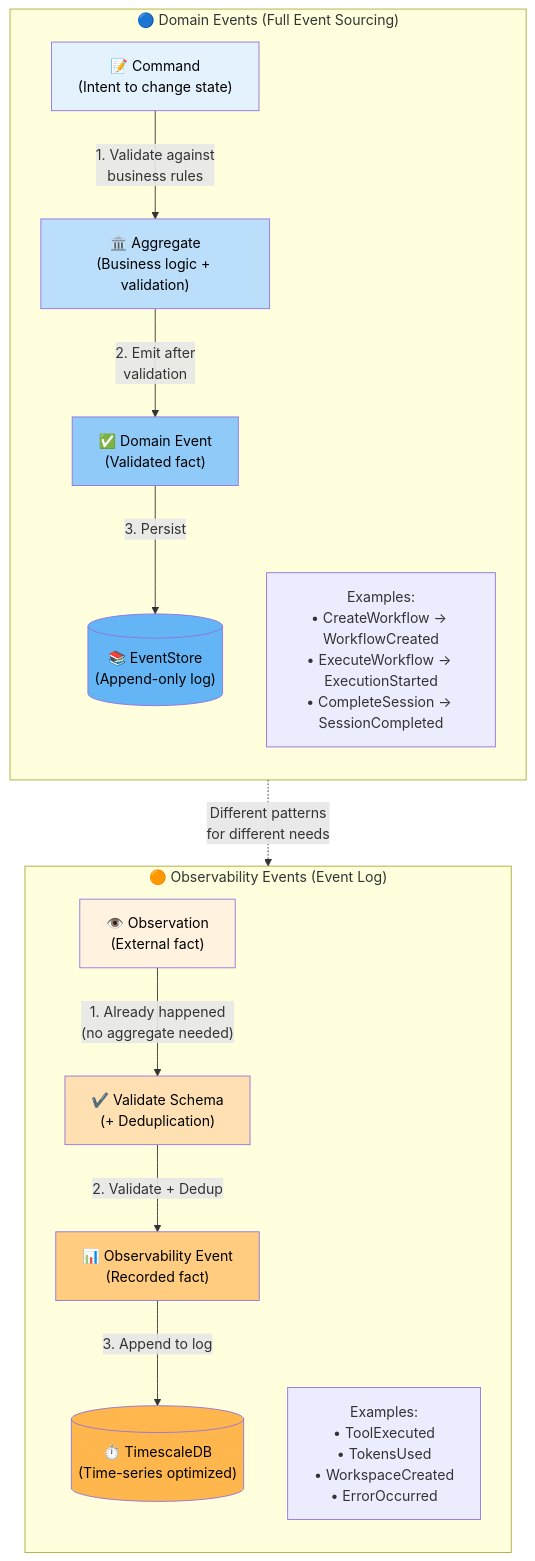
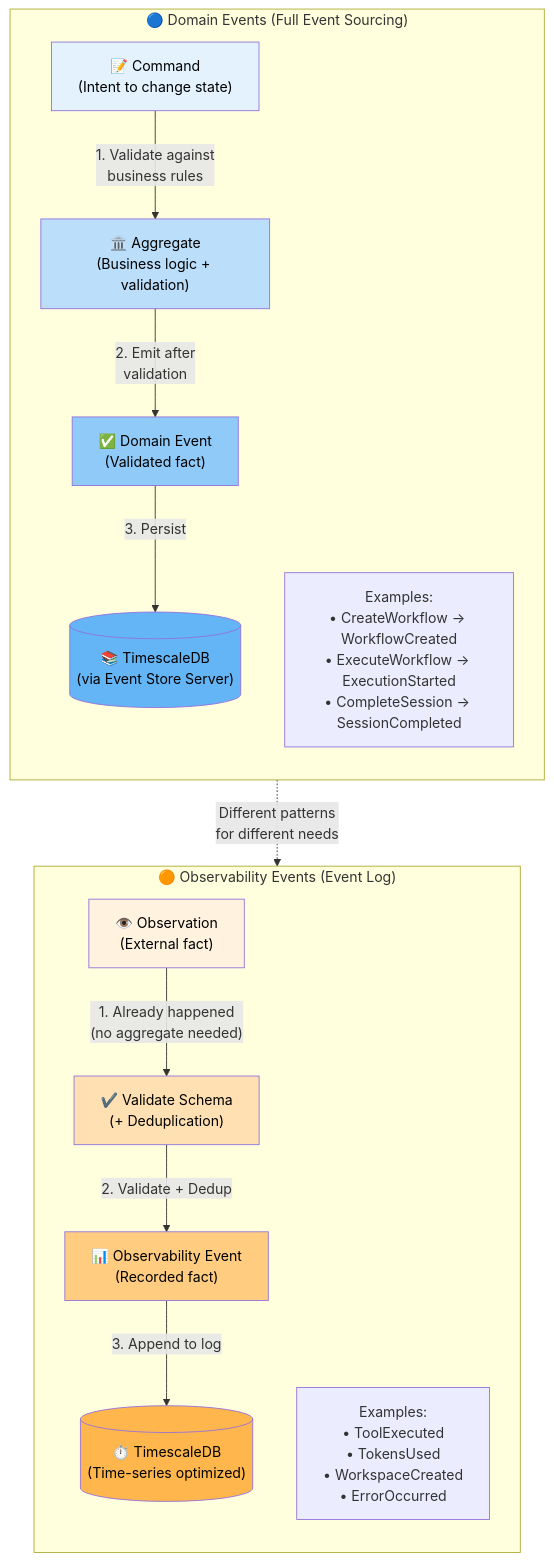
Before and after one commit to syntropic137/syntropic137: the first of 5 diagrams in docs/architecture/event-architecture.md, drawn with Mermaid. The commit also changed other lines of this file, not shown here.

First line of the commit message:
docs(architecture): clarify unified TimescaleDB storage

````diff
--- a/docs/architecture/event-architecture.md
+++ b/docs/architecture/event-architecture.md
@@ -21,42 +28,42 @@
 ```mermaid
 flowchart TB
     subgraph domain["🔵 Domain Events (Full Event Sourcing)"]
         direction TB
         cmd1["📝 Command<br/>(Intent to change state)"]
         agg1["🏛️ Aggregate<br/>(Business logic + validation)"]
         evt1["✅ Domain Event<br/>(Validated fact)"]
-        store1[("📚 EventStore<br/>(Append-only log)")]
+        store1[("📚 TimescaleDB<br/>(via Event Store Server)")]
         
         cmd1 -->|"1. Validate against<br/>business rules"| agg1
         agg1 -->|"2. Emit after<br/>validation"| evt1
         evt1 -->|"3. Persist"| store1
         
         note1["Examples:<br/>• CreateWorkflow → WorkflowCreated<br/>• ExecuteWorkflow → ExecutionStarted<br/>• CompleteSession → SessionCompleted"]
         
         style cmd1 fill:#e3f2fd,color:#000
         style agg1 fill:#bbdefb,color:#000
         style evt1 fill:#90caf9,color:#000
         style store1 fill:#64b5f6,color:#000
     end
     
     subgraph obs["🟠 Observability Events (Event Log)"]
         direction TB
         obs1["👁️ Observation<br/>(External fact)"]
         val1["✔️ Validate Schema<br/>(+ Deduplication)"]
         evt2["📊 Observability Event<br/>(Recorded fact)"]
         store2[("⏱️ TimescaleDB<br/>(Time-series optimized)")]
         
         obs1 -->|"1. Already happened<br/>(no aggregate needed)"| val1
         val1 -->|"2. Validate + Dedup"| evt2
         evt2 -->|"3. Append to log"| store2
         
         note2["Examples:<br/>• ToolExecuted<br/>• TokensUsed<br/>• WorkspaceCreated<br/>• ErrorOccurred"]
         
         style obs1 fill:#fff3e0,color:#000
         style val1 fill:#ffe0b2,color:#000
         style evt2 fill:#ffcc80,color:#000
         style store2 fill:#ffb74d,color:#000
     end
     
     domain -.->|"Different patterns<br/>for different needs"| obs
 ```
````
